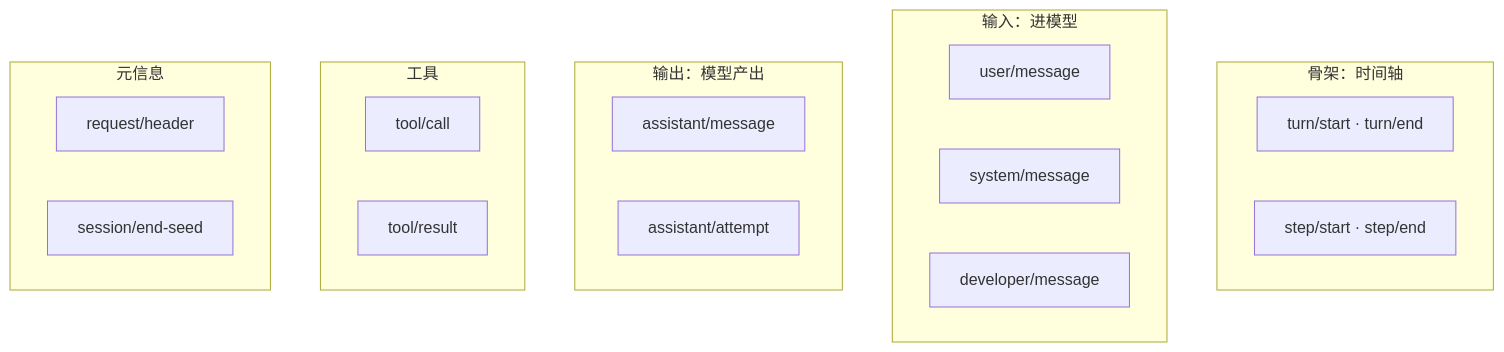
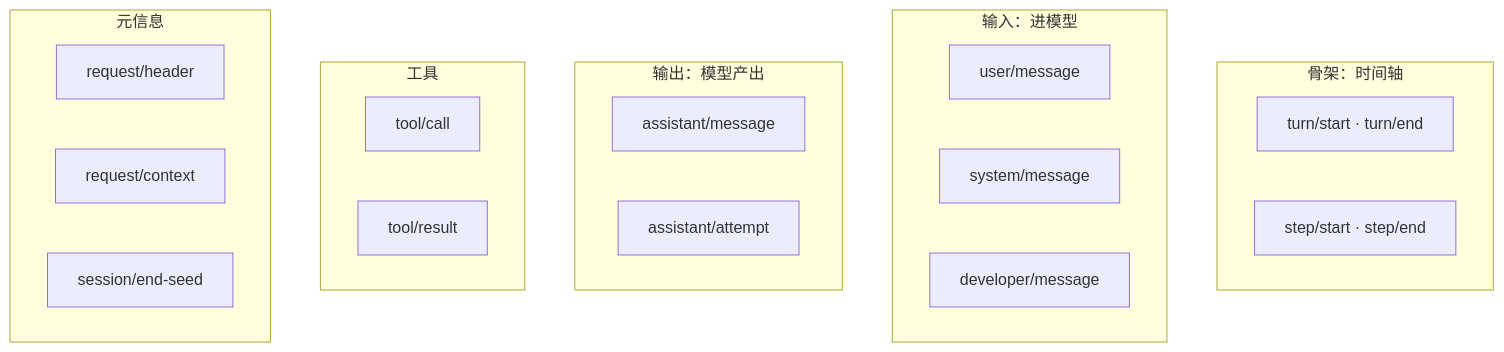
The second of 2 diagrams in book/part-06-harness/19-session-log-and-replay.md (nuaahuang/agent-platform-at-scale), drawn with Mermaid before and after one commit. The commit also changed other lines of this file and 2 other files, not shown here.

````diff
--- a/book/part-06-harness/19-session-log-and-replay.md
+++ b/book/part-06-harness/19-session-log-and-replay.md
@@ -95,24 +95,25 @@
 ```mermaid
 flowchart TB
   subgraph S1["骨架：时间轴"]
     A1["turn/start · turn/end"]
     A2["step/start · step/end"]
   end
   subgraph S2["输入：进模型"]
     B1["user/message"]
     B2["system/message"]
     B3["developer/message"]
   end
   subgraph S3["输出：模型产出"]
     C1["assistant/message"]
     C2["assistant/attempt"]
   end
   subgraph S4["工具"]
     D1["tool/call"]
     D2["tool/result"]
   end
   subgraph S5["元信息"]
     E1["request/header"]
-    E2["session/end-seed"]
+    E2["request/context"]
+    E3["session/end-seed"]
   end
 ```
````
